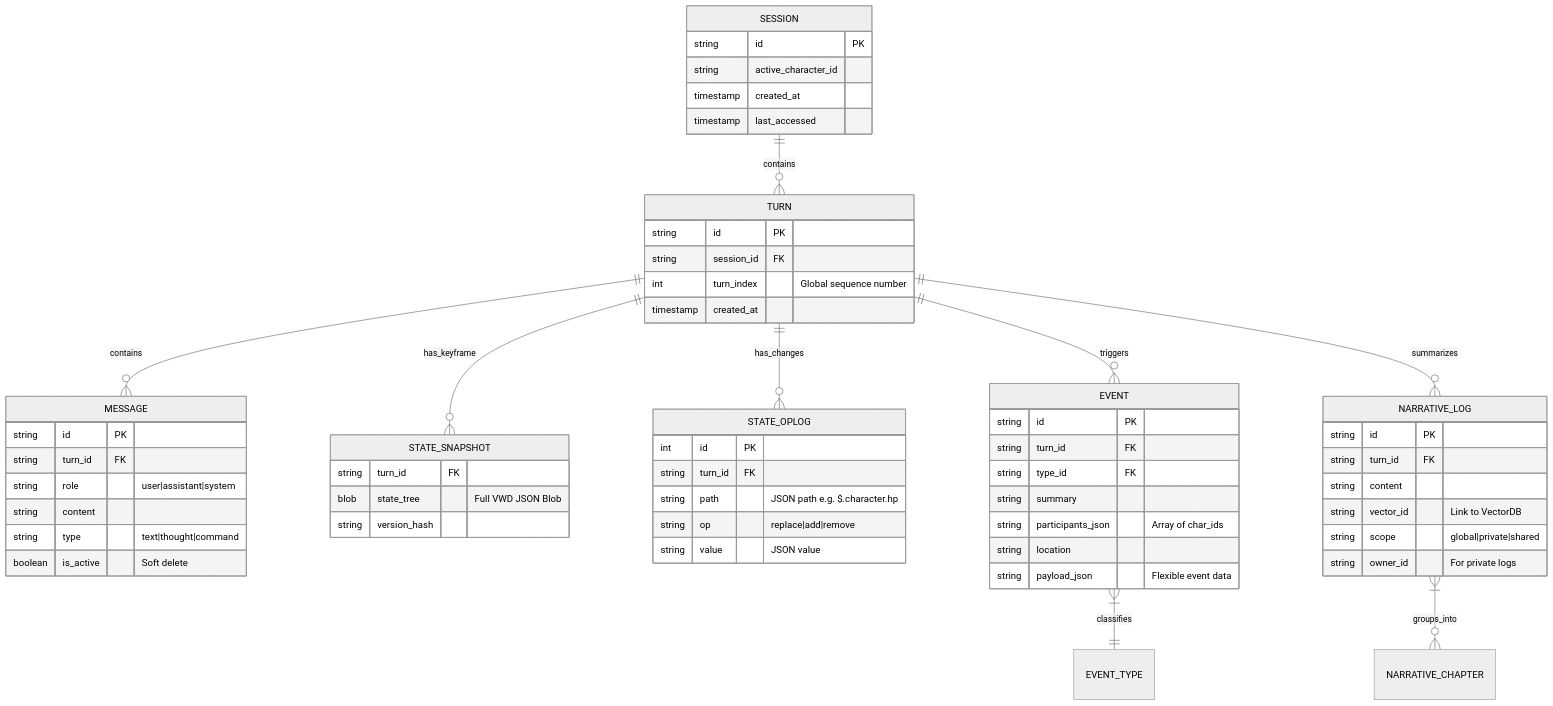
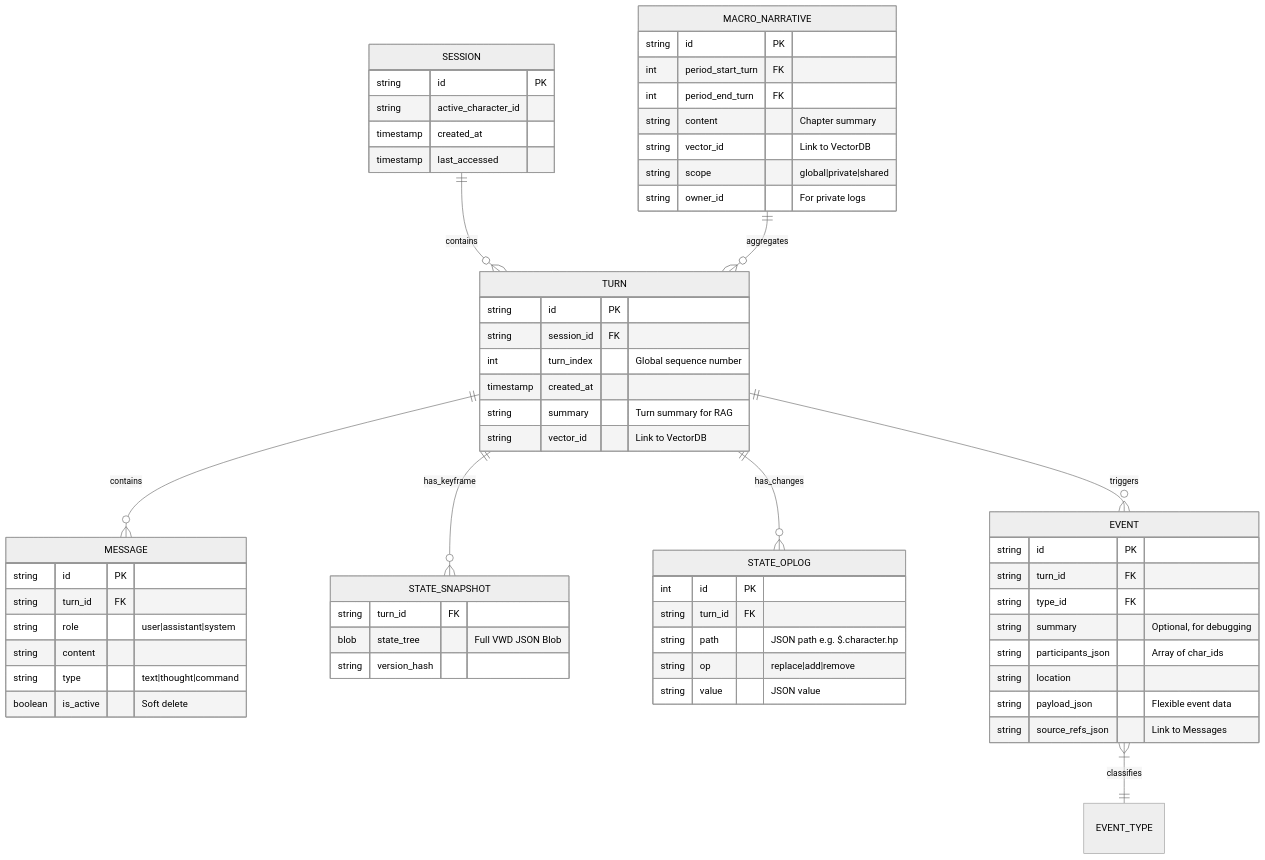
The diagram in 00_active_specs/mnemosyne/sqlite-architecture.md (Abgetrennter/Clotho-Design), drawn with Mermaid (neutral theme) before and after one commit. The commit also changed other lines of this file and 5 other files, not shown here.

````diff
--- a/00_active_specs/mnemosyne/sqlite-architecture.md
+++ b/00_active_specs/mnemosyne/sqlite-architecture.md
@@ -21,73 +30,76 @@
 ```mermaid
 erDiagram
     %% Core Timeline Entities
     SESSION ||--o{ TURN : contains
     TURN ||--o{ MESSAGE : contains
     TURN ||--o{ STATE_SNAPSHOT : has_keyframe
     TURN ||--o{ STATE_OPLOG : has_changes
     
     %% Event Chain
     TURN ||--o{ EVENT : triggers
     EVENT }|--|| EVENT_TYPE : classifies
     
-    %% Narrative Chain
-    TURN ||--o{ NARRATIVE_LOG : summarizes
-    NARRATIVE_LOG }|--o{ NARRATIVE_CHAPTER : groups_into
+    %% Narrative Chain (Macro Level Only)
+    MACRO_NARRATIVE ||--o{ TURN : aggregates
     
     %% Entity Definitions
     SESSION {
         string id PK
         string active_character_id
         timestamp created_at
         timestamp last_accessed
     }
     
     TURN {
         string id PK
         string session_id FK
         int turn_index "Global sequence number"
         timestamp created_at
+        string summary "Turn summary for RAG"
+        string vector_id "Link to VectorDB"
     }
     
     MESSAGE {
         string id PK
         string turn_id FK
         string role "user|assistant|system"
         string content
         string type "text|thought|command"
         boolean is_active "Soft delete"
     }
     
     STATE_SNAPSHOT {
         string turn_id FK
         blob state_tree "Full VWD JSON Blob"
         string version_hash
     }
     
     STATE_OPLOG {
         int id PK
         string turn_id FK
         string path "JSON path e.g. $.character.hp"
         string op "replace|add|remove"
         string value "JSON value"
     }
 
     EVENT {
         string id PK
         string turn_id FK
         string type_id FK
-        string summary
+        string summary "Optional, for debugging"
         string participants_json "Array of char_ids"
         string location
         string payload_json "Flexible event data"
+        string source_refs_json "Link to Messages"
     }
     
-    NARRATIVE_LOG {
+    MACRO_NARRATIVE {
         string id PK
-        string turn_id FK
-        string content
+        int period_start_turn FK
+        int period_end_turn FK
+        string content "Chapter summary"
         string vector_id "Link to VectorDB"
         string scope "global|private|shared"
         string owner_id "For private logs"
     }
 ```
````
